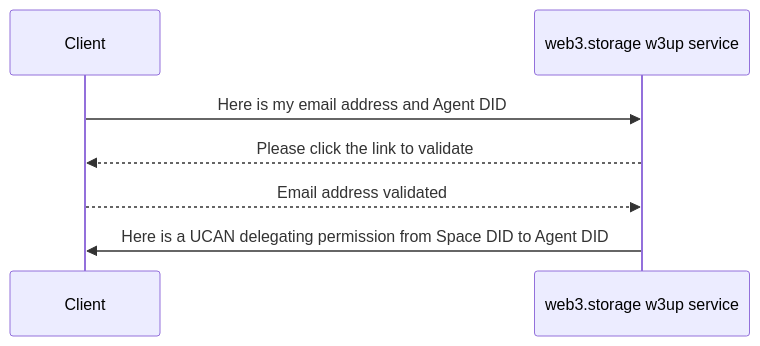
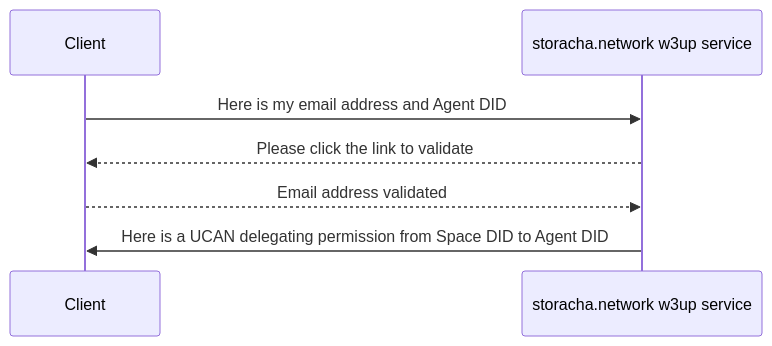
The second of 5 diagrams in packages/w3up-client/README.md (storacha/w3up), drawn with Mermaid before and after one commit. The commit also changed other lines of this file and 256 other files, not shown here.

````diff
--- a/packages/w3up-client/README.md
+++ b/packages/w3up-client/README.md
@@ -164,7 +164,7 @@
 ```mermaid
 sequenceDiagram
-    Client->>web3.storage w3up service: Here is my email address and Agent DID
-    web3.storage w3up service-->>Client: Please click the link to validate
-    Client-->>web3.storage w3up service: Email address validated
-    web3.storage w3up service->>Client: Here is a UCAN delegating permission from Space DID to Agent DID
+    Client->>storacha.network w3up service: Here is my email address and Agent DID
+    storacha.network w3up service-->>Client: Please click the link to validate
+    Client-->>storacha.network w3up service: Email address validated
+    storacha.network w3up service->>Client: Here is a UCAN delegating permission from Space DID to Agent DID
 ```
````
